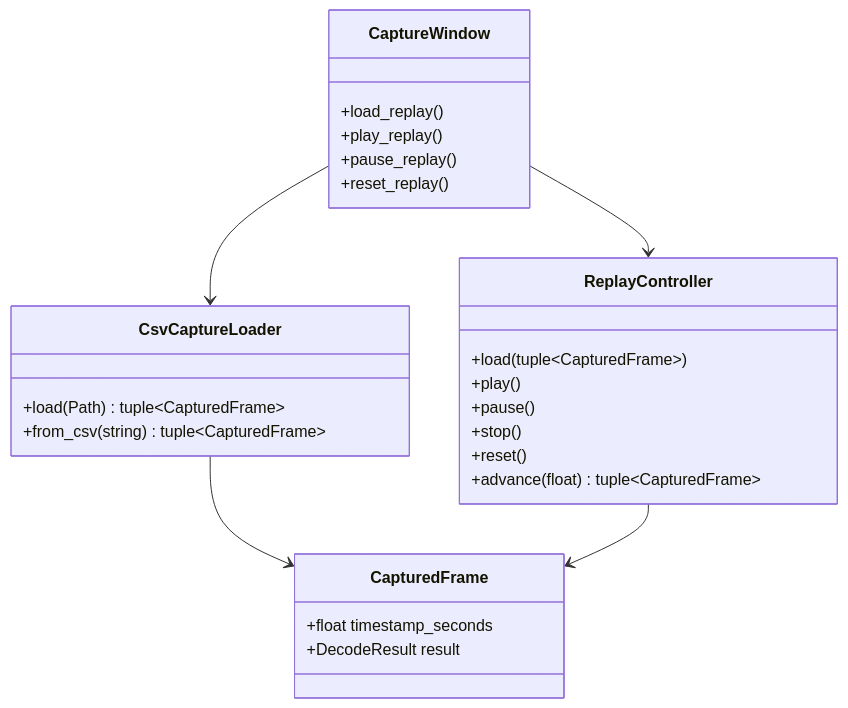
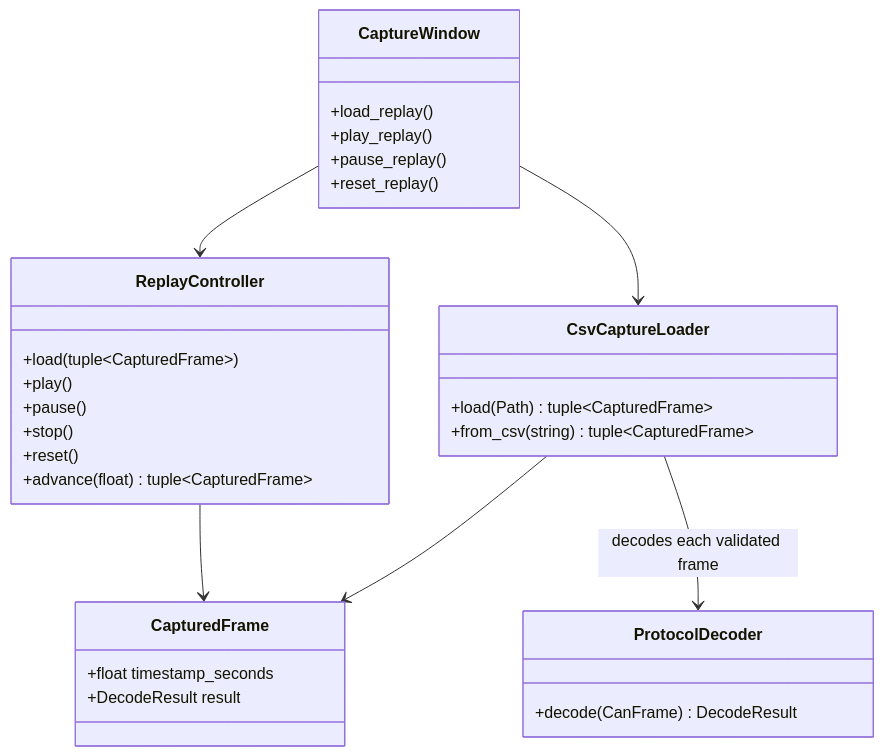
Before and after one commit to benoit-bremaud/can-sniffer: the diagram in docs/architecture/diagrams/offline-replay/03-class.md, drawn with Mermaid. The commit also changed other lines of this file and 3 other files, not shown here.

Commit message:
docs(architecture): design semantic replay decoding

````diff
--- a/docs/architecture/diagrams/offline-replay/03-class.md
+++ b/docs/architecture/diagrams/offline-replay/03-class.md
@@ -12,29 +12,33 @@
 ```mermaid
 classDiagram
     class CapturedFrame {
         +float timestamp_seconds
         +DecodeResult result
     }
     class CsvCaptureLoader {
         +load(Path) tuple~CapturedFrame~
         +from_csv(string) tuple~CapturedFrame~
+    }
+    class ProtocolDecoder {
+        +decode(CanFrame) DecodeResult
     }
     class ReplayController {
         +load(tuple~CapturedFrame~)
         +play()
         +pause()
         +stop()
         +reset()
         +advance(float) tuple~CapturedFrame~
     }
     class CaptureWindow {
         +load_replay()
         +play_replay()
         +pause_replay()
         +reset_replay()
     }
     CsvCaptureLoader --> CapturedFrame
+    CsvCaptureLoader --> ProtocolDecoder : decodes each validated frame
     ReplayController --> CapturedFrame
     CaptureWindow --> CsvCaptureLoader
     CaptureWindow --> ReplayController
 ```
````
